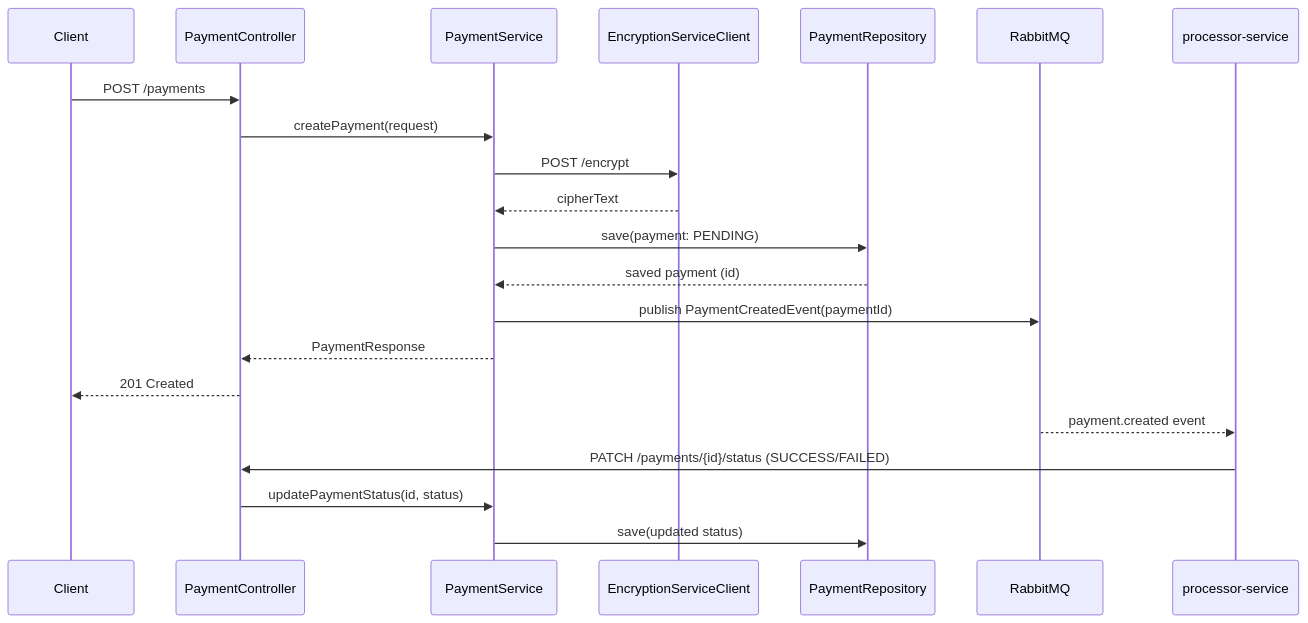
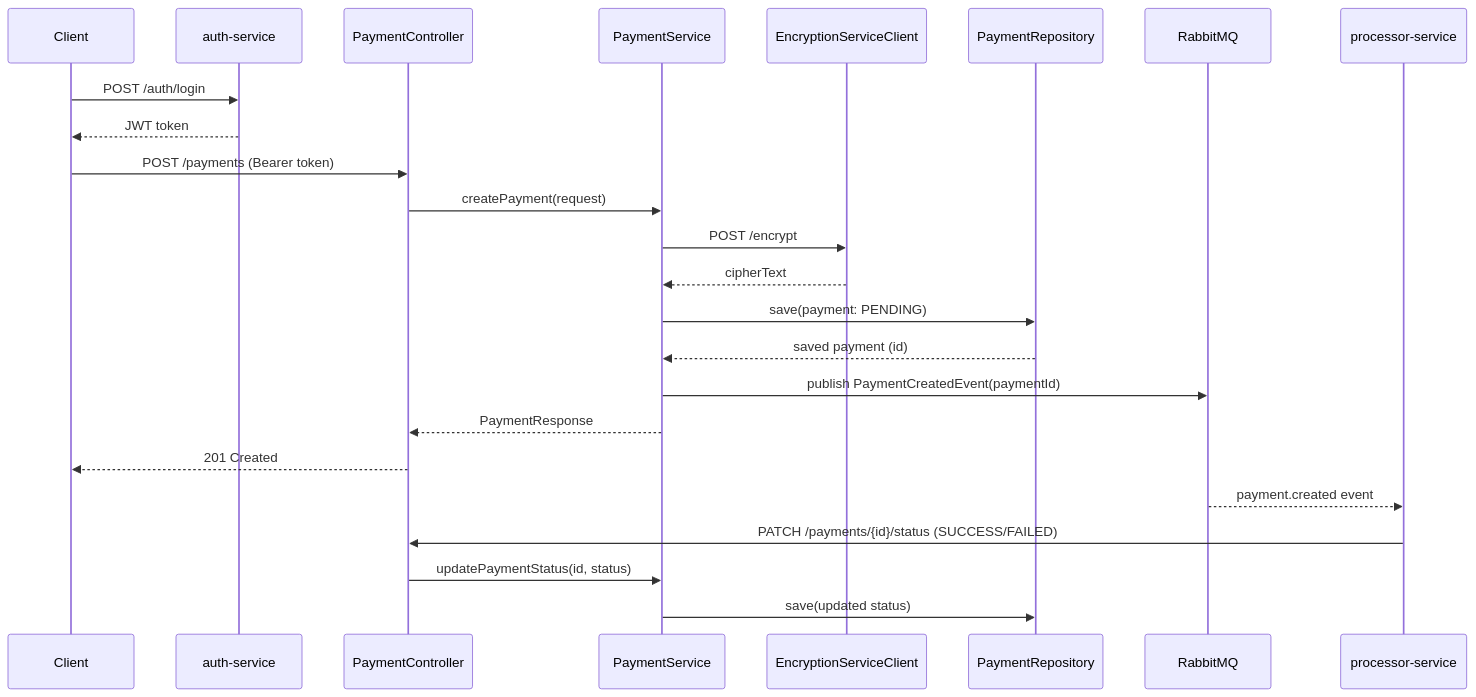
One commit to riditalove/payment-service changed the second of 2 diagrams in README.md. Above: the diagram before and after it, drawn with Mermaid. The commit also changed other lines of this file, not shown here.

First line of the commit message:
Revise payment service documentation for JWT flow

````diff
--- a/README.md
+++ b/README.md
@@ -165,25 +187,28 @@
 ```mermaid
 sequenceDiagram
     participant Client
+    participant Auth as auth-service
     participant Controller as PaymentController
     participant Service as PaymentService
     participant Encrypt as EncryptionServiceClient
     participant Repo as PaymentRepository
     participant Rabbit as RabbitMQ
     participant Processor as processor-service
 
-    Client->>Controller: POST /payments
+    Client->>Auth: POST /auth/login
+    Auth-->>Client: JWT token
+    Client->>Controller: POST /payments (Bearer token)
     Controller->>Service: createPayment(request)
     Service->>Encrypt: POST /encrypt
     Encrypt-->>Service: cipherText
     Service->>Repo: save(payment: PENDING)
     Repo-->>Service: saved payment (id)
     Service->>Rabbit: publish PaymentCreatedEvent(paymentId)
     Service-->>Controller: PaymentResponse
     Controller-->>Client: 201 Created
 
     Rabbit-->>Processor: payment.created event
     Processor->>Controller: PATCH /payments/{id}/status (SUCCESS/FAILED)
     Controller->>Service: updatePaymentStatus(id, status)
     Service->>Repo: save(updated status)
 ```
````
